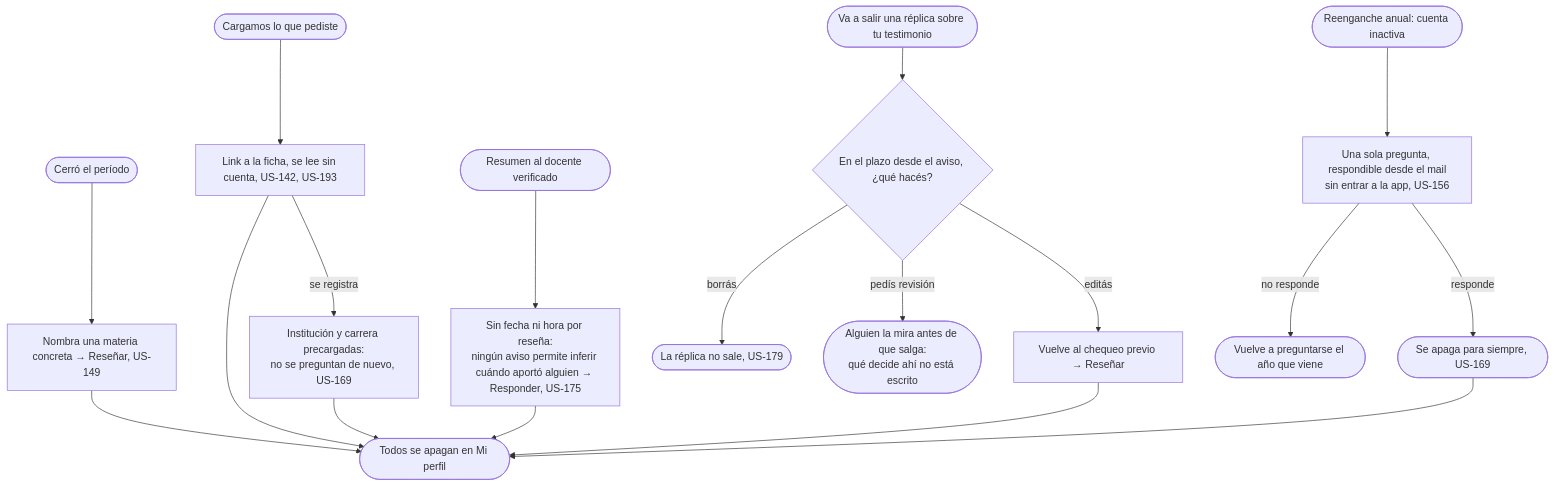
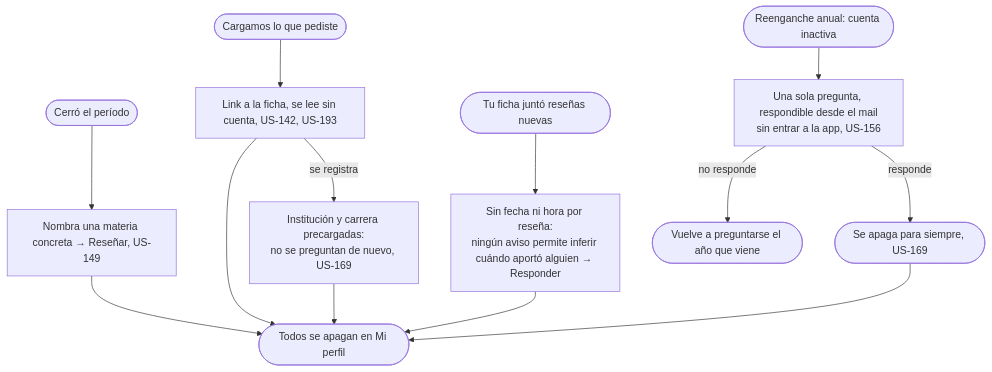
One commit to lucasidev/plan-b changed the diagram in docs/product/notices/flow.md. Above: the diagram before and after it, drawn with Mermaid. The commit also changed other lines of this file and 243 other files, not shown here.

````diff
--- a/docs/product/notices/flow.md
+++ b/docs/product/notices/flow.md
@@ -5,24 +5,18 @@
 ```mermaid
 flowchart TD
   A([Cerró el período]) --> A1[Nombra una materia concreta → Reseñar, US-149]
   A1 --> P([Todos se apagan en Mi perfil])
 
   B([Cargamos lo que pediste]) --> B1[Link a la ficha, se lee sin cuenta, US-142, US-193]
   B1 -->|se registra| B2[Institución y carrera precargadas:<br/>no se preguntan de nuevo, US-169]
   B1 --> P
   B2 --> P
 
-  C([Resumen al docente verificado]) --> C1[Sin fecha ni hora por reseña:<br/>ningún aviso permite inferir cuándo aportó alguien → Responder, US-175]
+  C([Tu ficha juntó reseñas nuevas]) --> C1[Sin fecha ni hora por reseña:<br/>ningún aviso permite inferir cuándo aportó alguien → Responder]
   C1 --> P
-
-  D([Va a salir una réplica sobre tu testimonio]) --> D1{En el plazo desde el aviso, ¿qué hacés?}
-  D1 -->|editás| D2[Vuelve al chequeo previo → Reseñar]
-  D1 -->|borrás| D3([La réplica no sale, US-179])
-  D1 -->|pedís revisión| D4([Alguien la mira antes de que salga:<br/>qué decide ahí no está escrito])
-  D2 --> P
 
   E([Reenganche anual: cuenta inactiva]) --> E1[Una sola pregunta, respondible desde el mail<br/>sin entrar a la app, US-156]
   E1 -->|responde| E2([Se apaga para siempre, US-169])
   E1 -->|no responde| E3([Vuelve a preguntarse el año que viene])
   E2 --> P
 ```
````
